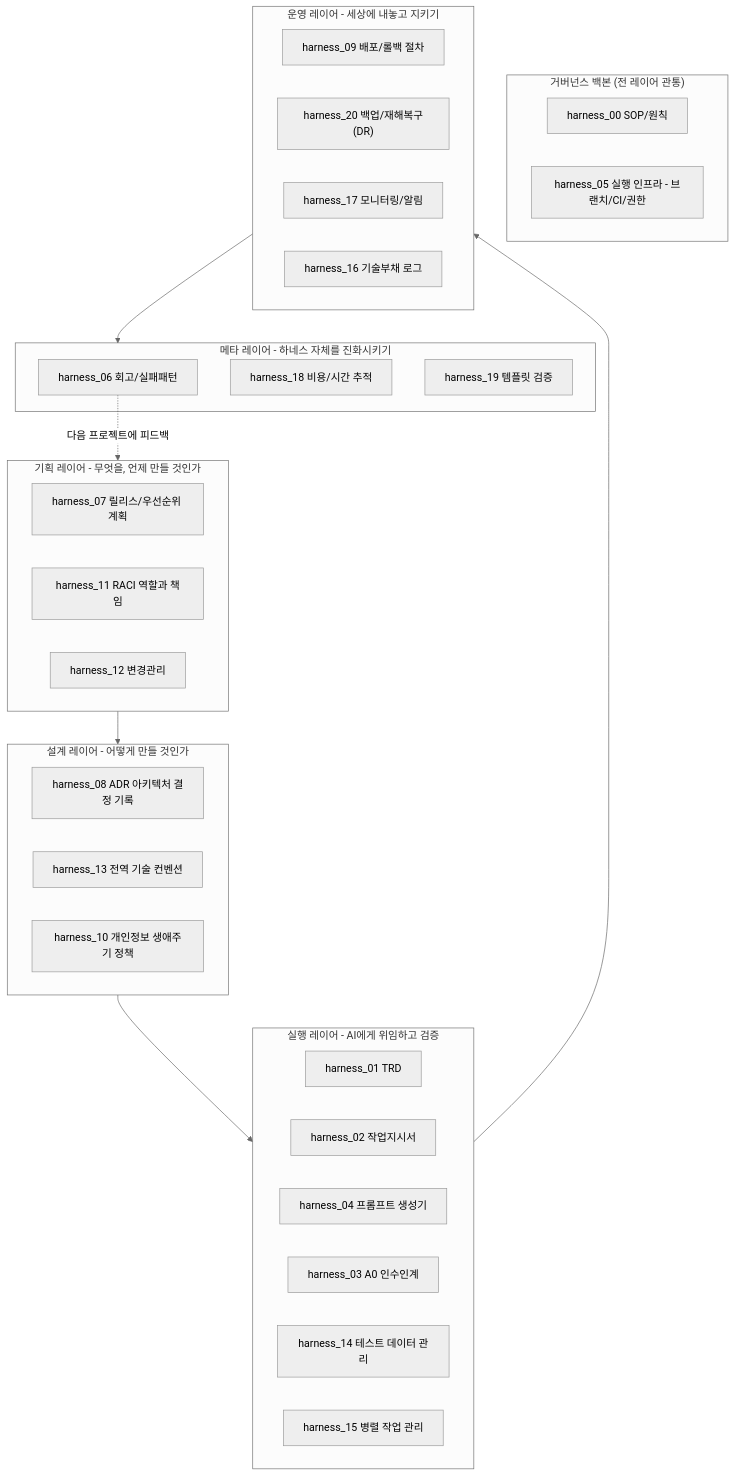
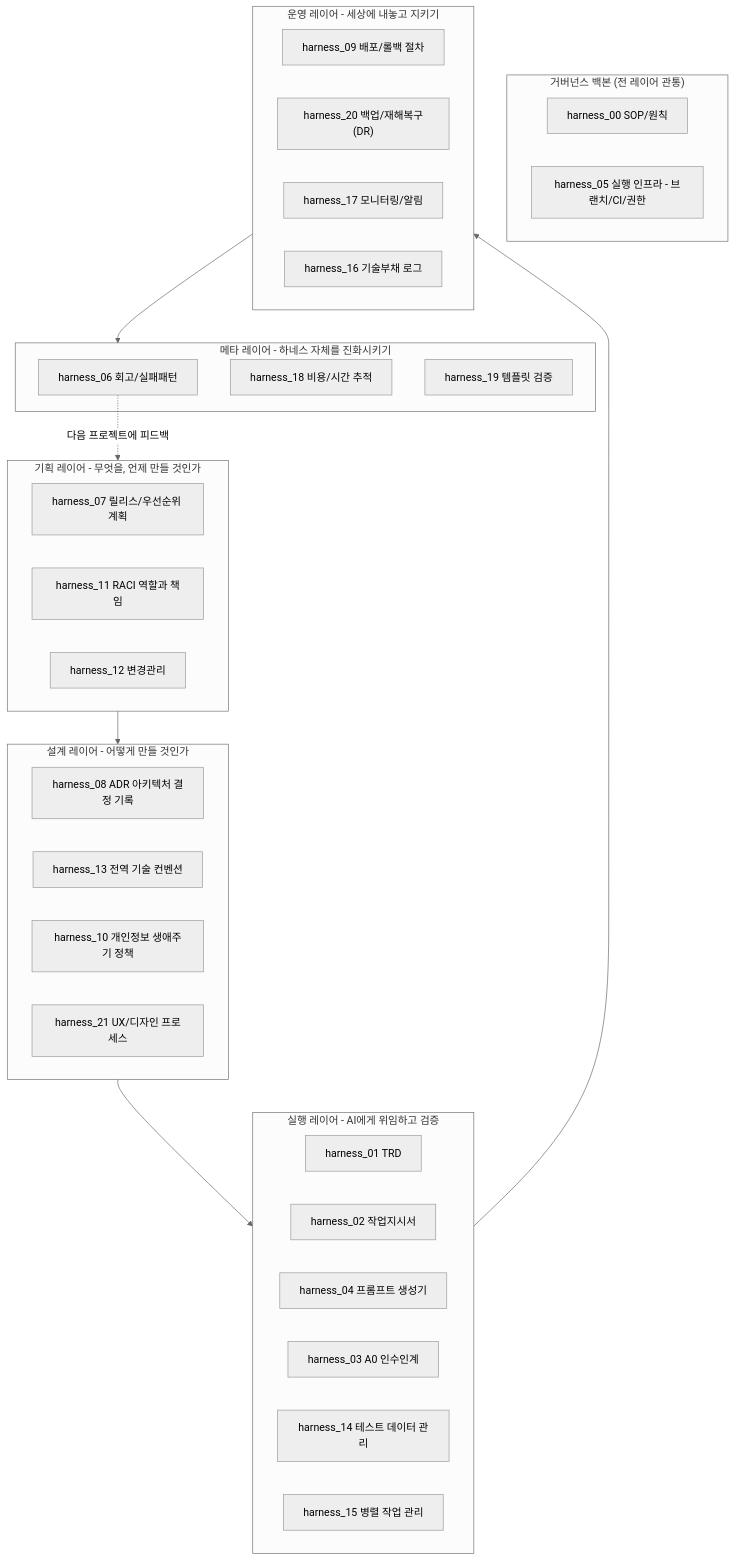
Before and after one commit to jcs19752510-ui/HARNESS_BASIC: the second of 3 diagrams in harness/harness_00_definition.md, drawn with Mermaid (neutral theme). The commit also changed other lines of this file and 10 other files, not shown here.

````diff
--- a/harness/harness_00_definition.md
+++ b/harness/harness_00_definition.md
@@ -69,39 +69,40 @@
 ```mermaid
 graph TD
     subgraph L1["기획 레이어 - 무엇을, 언제 만들 것인가"]
         F1["harness_07 릴리스/우선순위 계획"]
         F2["harness_11 RACI 역할과 책임"]
         F3["harness_12 변경관리"]
     end
     subgraph L2["설계 레이어 - 어떻게 만들 것인가"]
         D1["harness_08 ADR 아키텍처 결정 기록"]
         D2["harness_13 전역 기술 컨벤션"]
         D3["harness_10 개인정보 생애주기 정책"]
+        D4["harness_21 UX/디자인 프로세스"]
     end
     subgraph L3["실행 레이어 - AI에게 위임하고 검증"]
         E1["harness_01 TRD"]
         E2["harness_02 작업지시서"]
         E3["harness_04 프롬프트 생성기"]
         E4["harness_03 A0 인수인계"]
         E5["harness_14 테스트 데이터 관리"]
         E6["harness_15 병렬 작업 관리"]
     end
     subgraph BB["거버넌스 백본 (전 레이어 관통)"]
         B1["harness_00 SOP/원칙"]
         B2["harness_05 실행 인프라 - 브랜치/CI/권한"]
     end
     subgraph L4["운영 레이어 - 세상에 내놓고 지키기"]
         O1["harness_09 배포/롤백 절차"]
         O4["harness_20 백업/재해복구(DR)"]
         O2["harness_17 모니터링/알림"]
         O3["harness_16 기술부채 로그"]
     end
     subgraph L5["메타 레이어 - 하네스 자체를 진화시키기"]
         M1["harness_06 회고/실패패턴"]
         M2["harness_18 비용/시간 추적"]
         M3["harness_19 템플릿 검증"]
     end
 
     L1 --> L2 --> L3 --> L4 --> L5
     M1 -. 다음 프로젝트에 피드백 .-> L1
 ```
````
